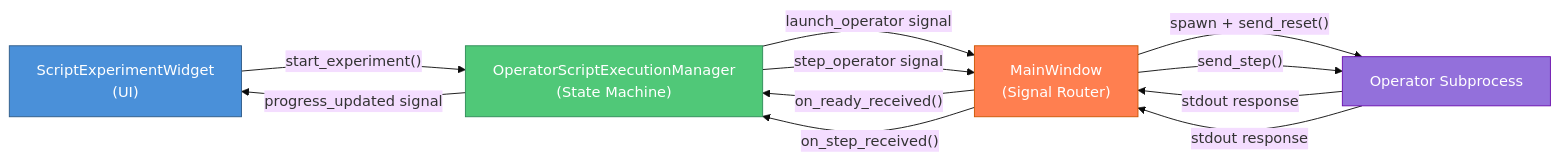
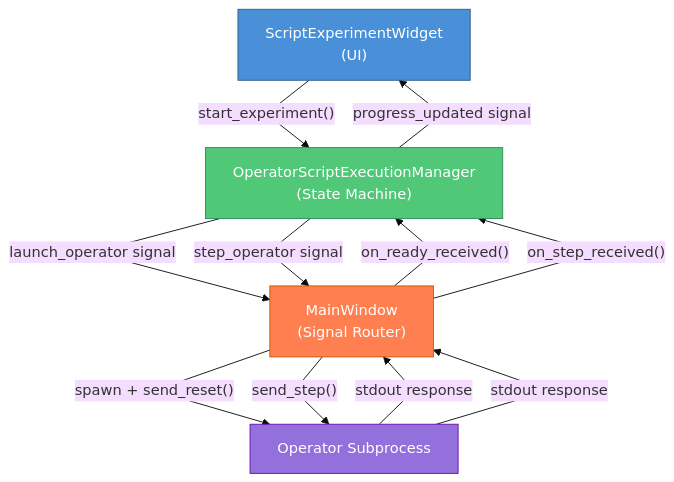
Before and after one commit to Abdulhamid97Mousa/mosaic: the fourth of 4 diagrams in docs/source/documents/architecture/operators/lifecycle.rst, drawn with Mermaid (base theme). The commit also changed other lines of this file and 37 other files, not shown here.

```diff
--- a/docs/source/documents/architecture/operators/lifecycle.rst
+++ b/docs/source/documents/architecture/operators/lifecycle.rst
@@ -146,23 +158,24 @@
 .. mermaid::
 
-   graph LR
+   %%{init: {"flowchart": {"curve": "linear"}} }%%
+   graph TD
        SCRIPT["ScriptExperimentWidget<br/>(UI)"]
        MGR["OperatorScriptExecutionManager<br/>(State Machine)"]
        MW["MainWindow<br/>(Signal Router)"]
        PROC["Operator Subprocess"]
 
        SCRIPT -->|"start_experiment()"| MGR
        MGR -->|"launch_operator signal"| MW
        MW -->|"spawn + send_reset()"| PROC
        PROC -->|"stdout response"| MW
        MW -->|"on_ready_received()"| MGR
        MGR -->|"step_operator signal"| MW
        MW -->|"send_step()"| PROC
        PROC -->|"stdout response"| MW
        MW -->|"on_step_received()"| MGR
        MGR -->|"progress_updated signal"| SCRIPT
 
        style SCRIPT fill:#4a90d9,stroke:#2e5a87,color:#fff
        style MGR fill:#50c878,stroke:#2e8b57,color:#fff
        style MW fill:#ff7f50,stroke:#cc5500,color:#fff
        style PROC fill:#9370db,stroke:#6a0dad,color:#fff
```
